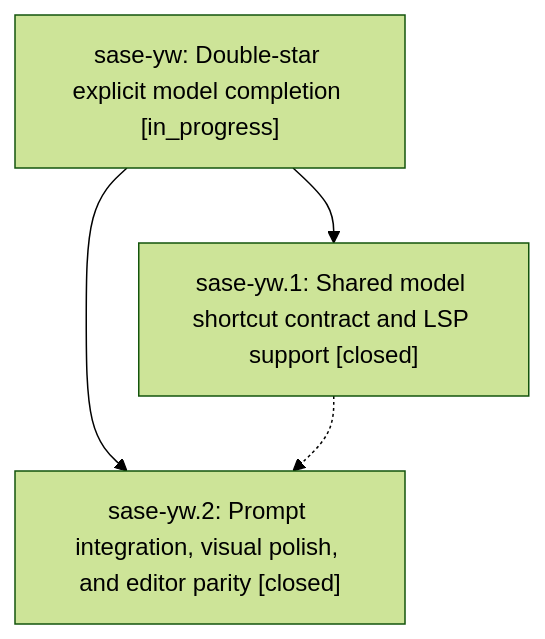
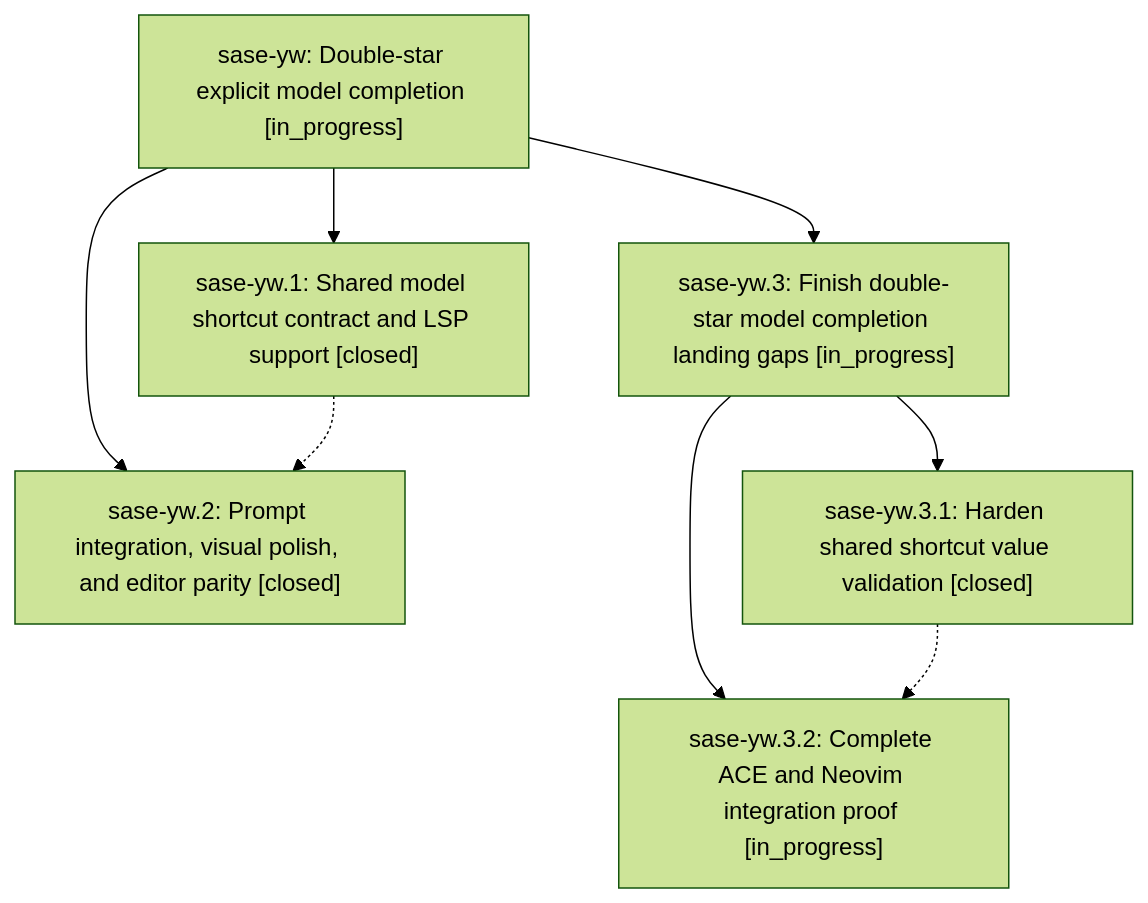
Before and after one commit to sase-org/sase--beads: the diagram in pages/sase-yw/README.md, drawn with Mermaid (forest theme). The commit also changed other lines of this file and 4 other files, not shown here.

````diff
--- a/pages/sase-yw/README.md
+++ b/pages/sase-yw/README.md
@@ -35,9 +35,16 @@
 ```mermaid
 flowchart TD
     n0["sase-yw: Double-star explicit model completion [in_progress]"]
     n1["sase-yw.1: Shared model shortcut contract and LSP support [closed]"]
     n2["sase-yw.2: Prompt integration, visual polish, and editor parity [closed]"]
+    n3["sase-yw.3: Finish double-star model completion landing gaps [in_progress]"]
+    n4["sase-yw.3.1: Harden shared shortcut value validation [closed]"]
+    n5["sase-yw.3.2: Complete ACE and Neovim integration proof [in_progress]"]
     n0 --> n1
     n0 --> n2
+    n0 --> n3
+    n3 --> n4
+    n3 --> n5
     n1 -.-> n2
+    n4 -.-> n5
 ```
````
